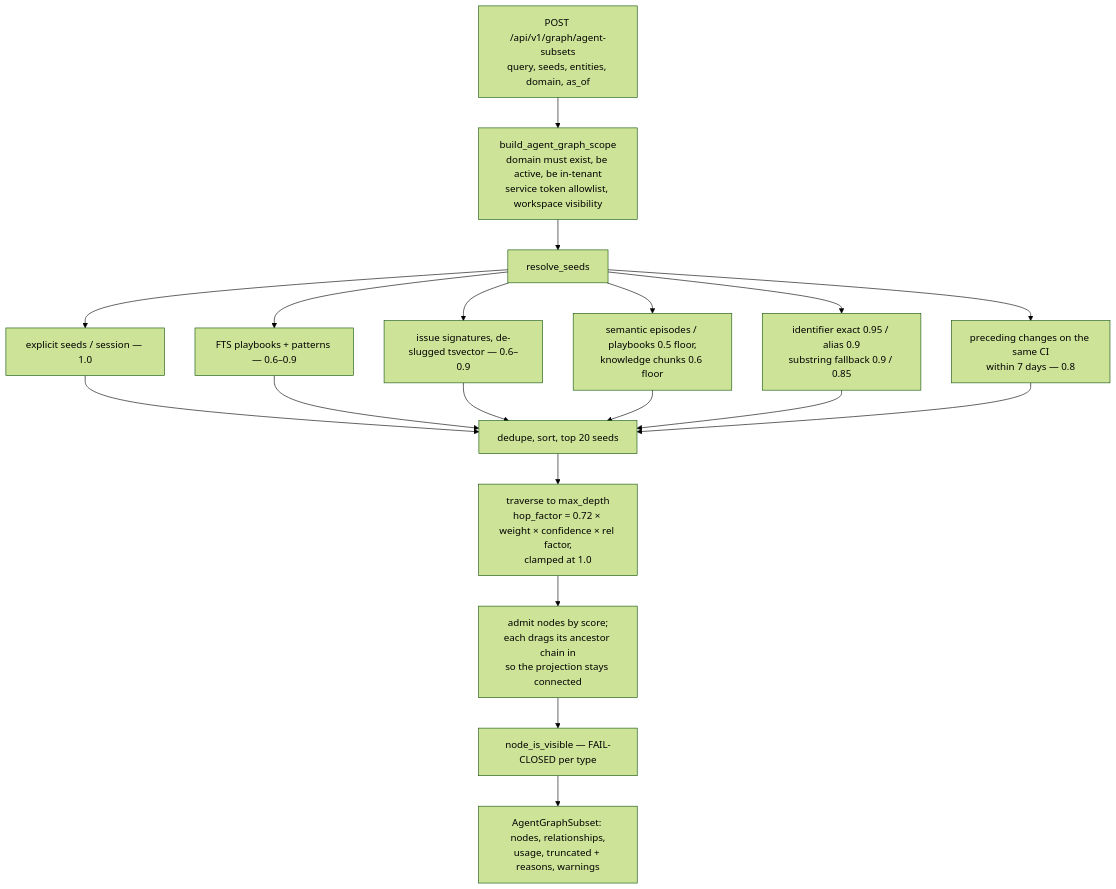
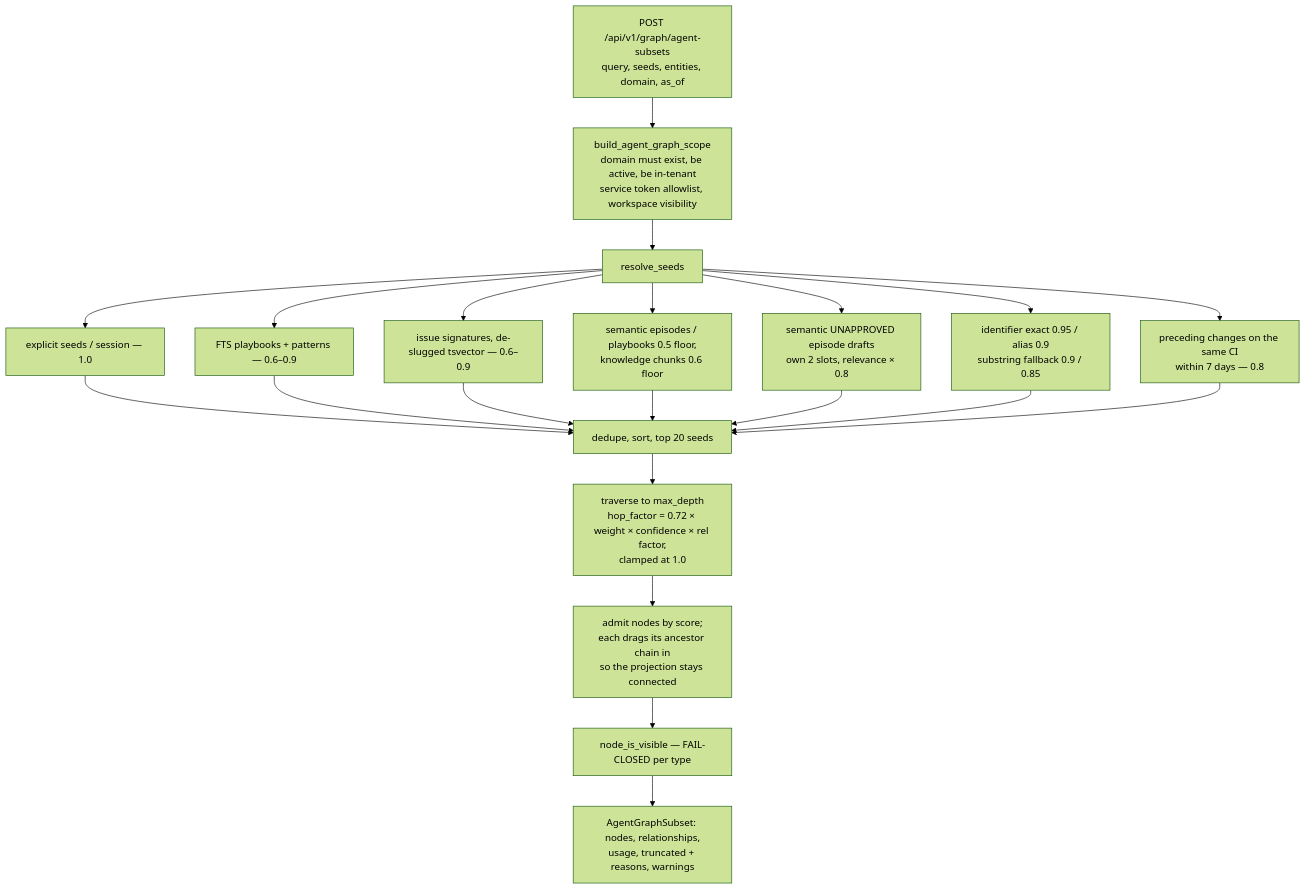
Before and after one commit to Valuedx/ContextEdge: diagram 18 of 32 in docs/15_Project_Flow_Diagrams.md, drawn with Mermaid (forest theme). The commit also changed other lines of this file and 39 other files, not shown here.

````diff
--- a/docs/15_Project_Flow_Diagrams.md
+++ b/docs/15_Project_Flow_Diagrams.md
@@ -566,16 +574,17 @@
 ```mermaid
 flowchart TD
     Req[POST /api/v1/graph/agent-subsets<br/>query, seeds, entities, domain, as_of] --> Scope[build_agent_graph_scope<br/>domain must exist, be active, be in-tenant<br/>service token allowlist, workspace visibility]
     Scope --> Seeds[resolve_seeds]
     Seeds --> L0[explicit seeds / session — 1.0]
     Seeds --> LA[FTS playbooks + patterns — 0.6–0.9]
     Seeds --> LA2[issue signatures, de-slugged tsvector — 0.6–0.9]
     Seeds --> LB[semantic episodes / playbooks 0.5 floor,<br/>knowledge chunks 0.6 floor]
+    Seeds --> LB2[semantic UNAPPROVED episode drafts<br/>own 2 slots, relevance × 0.8]
     Seeds --> LC[identifier exact 0.95 / alias 0.9<br/>substring fallback 0.9 / 0.85]
     Seeds --> LD[preceding changes on the same CI<br/>within 7 days — 0.8]
-    L0 & LA & LA2 & LB & LC & LD --> Top[dedupe, sort, top 20 seeds]
+    L0 & LA & LA2 & LB & LB2 & LC & LD --> Top[dedupe, sort, top 20 seeds]
     Top --> Trav[traverse to max_depth<br/>hop_factor = 0.72 × weight × confidence × rel factor,<br/>clamped at 1.0]
     Trav --> Adm[admit nodes by score;<br/>each drags its ancestor chain in<br/>so the projection stays connected]
     Adm --> Vis[node_is_visible — FAIL-CLOSED per type]
     Vis --> Out[AgentGraphSubset: nodes, relationships,<br/>usage, truncated + reasons, warnings]
 ```
````
